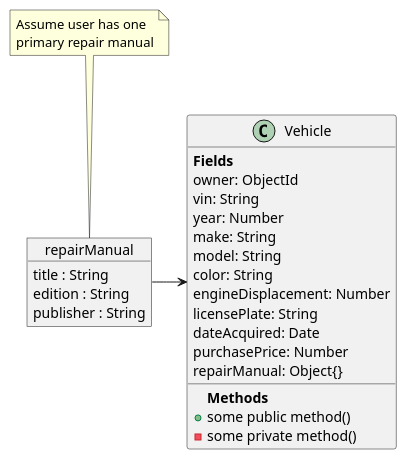
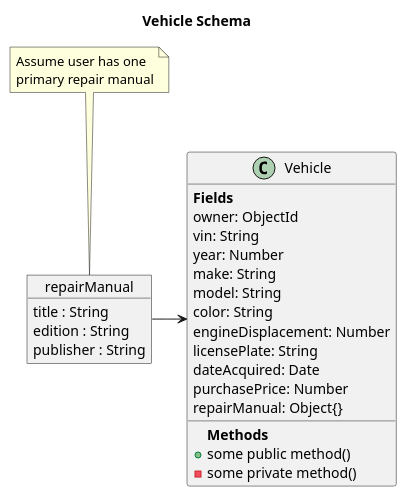
The diagram in src/app/odm/uml/vehicle.puml (TwoFistedJustice/manifold), drawn with PlantUML before and after one commit. The commit also changed 6 other files, not shown here.

Commit message:
Added titles to schema diagrams

```diff
--- a/src/app/odm/uml/vehicle.puml
+++ b/src/app/odm/uml/vehicle.puml
@@ -1,40 +1,42 @@
 @startuml
+
+title  Vehicle Schema
 class Vehicle {
 {field} **Fields**
 owner: ObjectId
 vin: String
 year: Number
 make: String
 model: String
 color: String
 engineDisplacement: Number
 licensePlate: String
 dateAcquired: Date
 purchasePrice: Number
 repairManual: Object{}
 
 {method}**Methods**
 +some public method()
 -some private method()
 }
 
 
 object repairManual{
 title : String
 edition : String
 publisher : String
 }
 
 
 
 note top
 Assume user has one
 primary repair manual
 end note
 
 
 repairManual -> Vehicle
 
 
 
 @enduml
```
